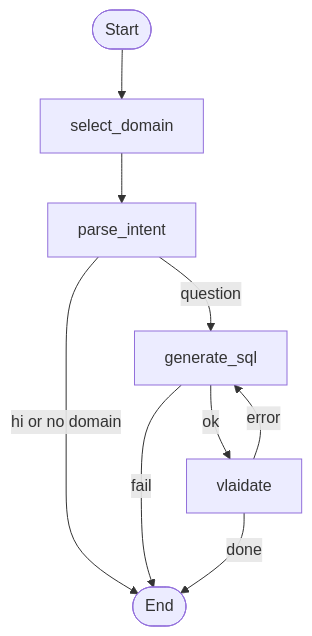
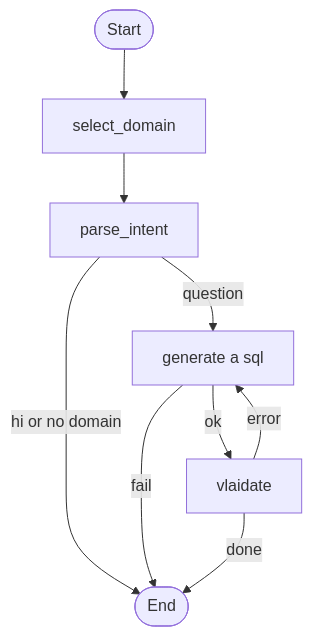
One commit to tashonnelo/text-sql changed the diagram in README.md. Above: the diagram before and after it, drawn with Mermaid.

````diff
--- a/README.md
+++ b/README.md
@@ -1,11 +1,11 @@
 ```mermaid
 flowchart TD
     A([Start]) --> B[select_domain]
     B --> C[parse_intent]
     C -->|hi or no domain| Z([End])
-    C -->|question| D[generate_sql]
+    C -->|question| D[generate a sql]
     D -->|fail| Z
     D -->|ok| E[vlaidate]
     E -->|error| D
     E -->|done| Z
 ```
````
